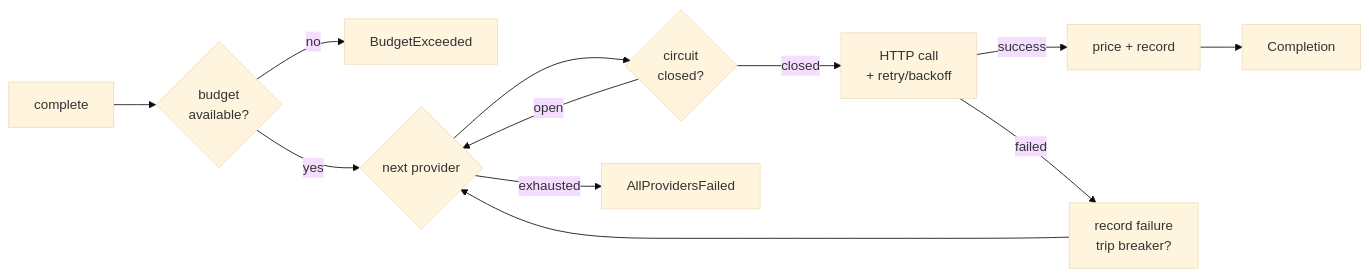
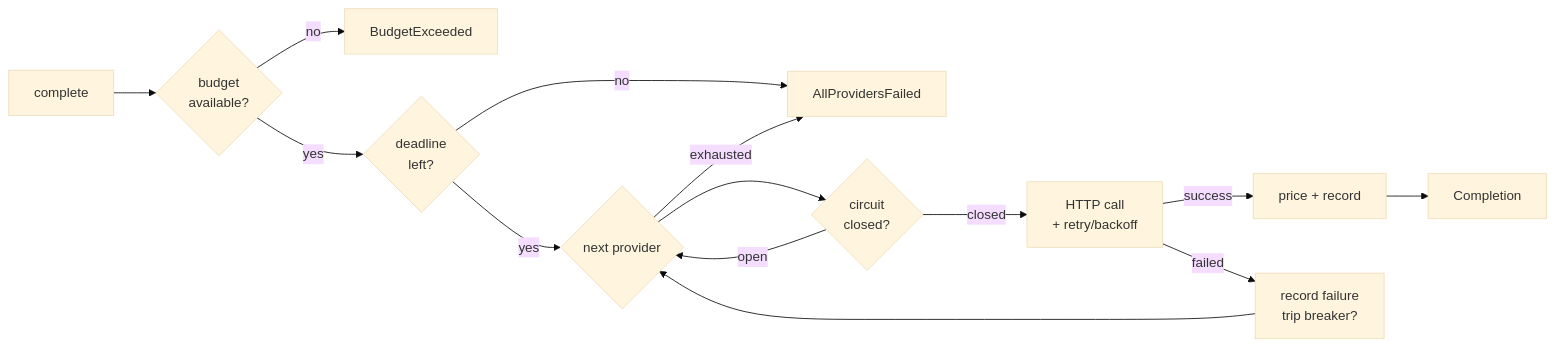
Before and after one commit to uaesivakumar/llm-gateway: the diagram in README.md, drawn with Mermaid (base theme). The commit also changed other lines of this file and 4 other files, not shown here.

````diff
--- a/README.md
+++ b/README.md
@@ -62,14 +103,16 @@
 ```mermaid
 flowchart LR
     A[complete] --> B{budget<br/>available?}
     B -- no --> X[BudgetExceeded]
-    B -- yes --> C{next provider}
+    B -- yes --> T{deadline<br/>left?}
+    T -- no --> Y[AllProvidersFailed]
+    T -- yes --> C{next provider}
     C --> D{circuit<br/>closed?}
     D -- open --> C
     D -- closed --> E[HTTP call<br/>+ retry/backoff]
     E -- success --> F[price + record]
     F --> G[Completion]
     E -- failed --> H[record failure<br/>trip breaker?]
     H --> C
-    C -- exhausted --> Y[AllProvidersFailed]
+    C -- exhausted --> Y
 ```
````
